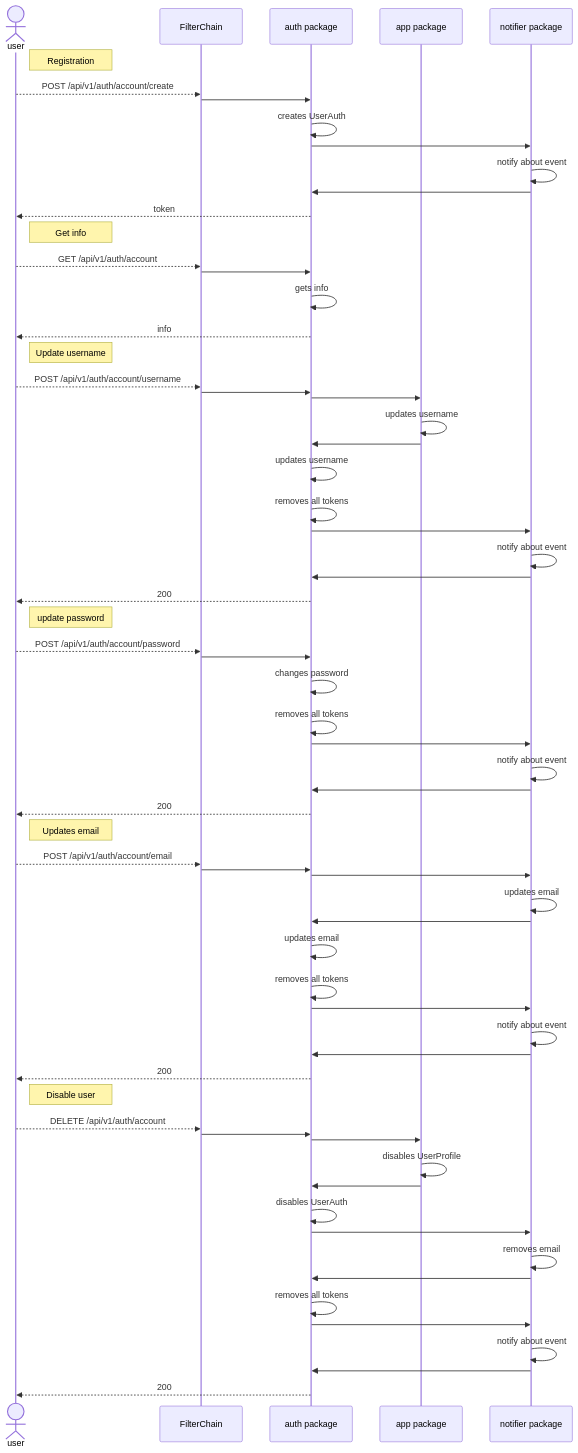
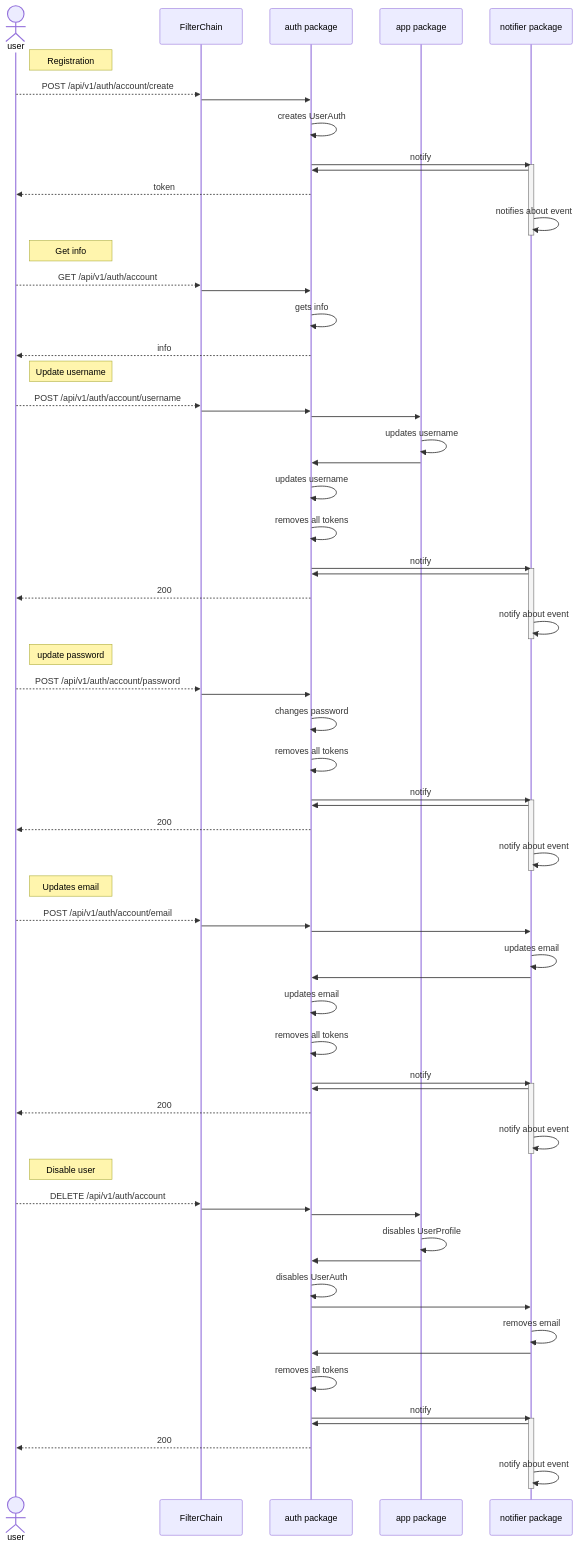
Before and after one commit to drsanches/photobooth: the second of 8 diagrams in readme.md, drawn with Mermaid. The commit also changed other lines of this file and 6 other files, not shown here.

````diff
--- a/readme.md
+++ b/readme.md
@@ -76,10 +76,12 @@
     user -->> FilterChain: POST /api/v1/auth/account/create
     FilterChain ->> auth: 
     auth ->> auth: creates UserAuth
-    auth ->> notifier: 
-    notifier ->> notifier: notify about event
+    auth ->> notifier: notify
+    activate notifier
     notifier ->> auth: 
     auth -->> user: token
+    notifier ->> notifier: notifies about event
+    deactivate notifier
 
     note right of user: Get info
     user -->> FilterChain: GET /api/v1/auth/account
@@ -95,20 +97,24 @@
     app ->> auth: 
     auth ->> auth: updates username
     auth ->> auth: removes all tokens
-    auth ->> notifier: 
-    notifier ->> notifier: notify about event
+    auth ->> notifier: notify
+    activate notifier
     notifier ->> auth: 
     auth -->> user: 200
+    notifier ->> notifier: notify about event
+    deactivate notifier
 
     note right of user: update password
     user -->> FilterChain: POST /api/v1/auth/account/password
     FilterChain ->> auth: 
     auth ->> auth: changes password
     auth ->> auth: removes all tokens
-    auth ->> notifier: 
-    notifier ->> notifier: notify about event
+    auth ->> notifier: notify
+    activate notifier
     notifier ->> auth: 
     auth -->> user: 200
+    notifier ->> notifier: notify about event
+    deactivate notifier
 
     note right of user: Updates email
     user -->> FilterChain: POST /api/v1/auth/account/email
@@ -118,10 +124,12 @@
     notifier ->> auth: 
     auth ->> auth: updates email
     auth ->> auth: removes all tokens
-    auth ->> notifier: 
-    notifier ->> notifier: notify about event
+    auth ->> notifier: notify
+    activate notifier
     notifier ->> auth: 
     auth -->> user: 200
+    notifier ->> notifier: notify about event
+    deactivate notifier
 
     note right of user: Disable user
     user -->> FilterChain: DELETE /api/v1/auth/account
@@ -134,8 +142,10 @@
     notifier ->> notifier: removes email
     notifier ->> auth: 
     auth ->> auth: removes all tokens
-    auth ->> notifier: 
-    notifier ->> notifier: notify about event
+    auth ->> notifier: notify
+    activate notifier
     notifier ->> auth: 
     auth -->> user: 200
+    notifier ->> notifier: notify about event
+    deactivate notifier
 ```
````
